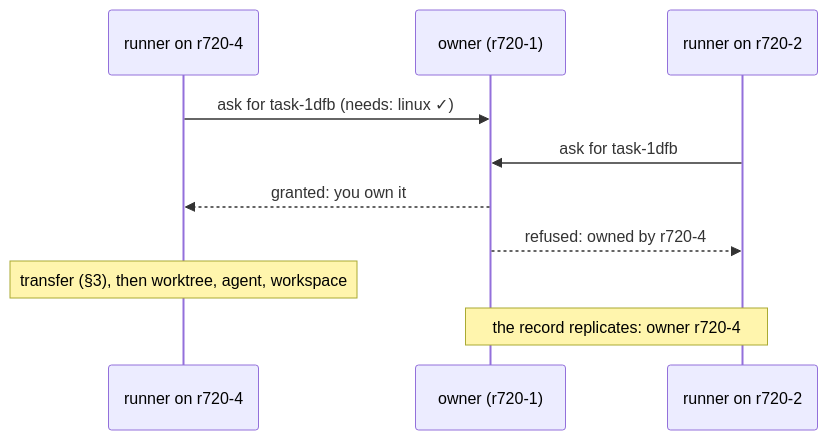
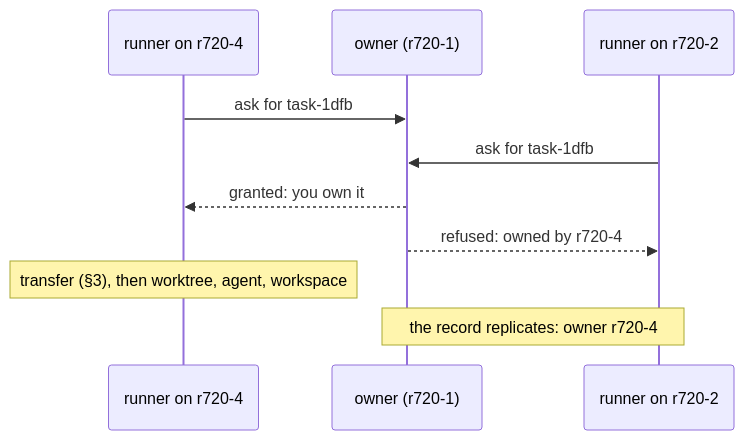
One commit to tampopogk/kanna changed the first of 2 diagrams in docs/specs/machine-tasks.md. Above: the diagram before and after it, drawn with Mermaid. The commit also changed other lines of this file and 4 other files, not shown here.

Commit message:
Placement by capability is Kanna Cloud's: kanna-cloud.md §5 has machines' capabilities and a task's needs:, and a C2 slice in the build order; machines.md and machine-tasks.md place work on your machines by free slots and preferences, without needs:

````diff
--- a/docs/specs/machine-tasks.md
+++ b/docs/specs/machine-tasks.md
@@ -27,12 +27,12 @@
 ```mermaid
 sequenceDiagram
     participant R4 as runner on r720-4
     participant O as owner (r720-1)
     participant X as runner on r720-2
-    R4->>O: ask for task-1dfb (needs: linux ✓)
+    R4->>O: ask for task-1dfb
     X->>O: ask for task-1dfb
     O-->>R4: granted: you own it
     O-->>X: refused: owned by r720-4
     Note over R4: transfer (§3), then worktree, agent, workspace
     Note over O,X: the record replicates: owner r720-4
 ```
````
